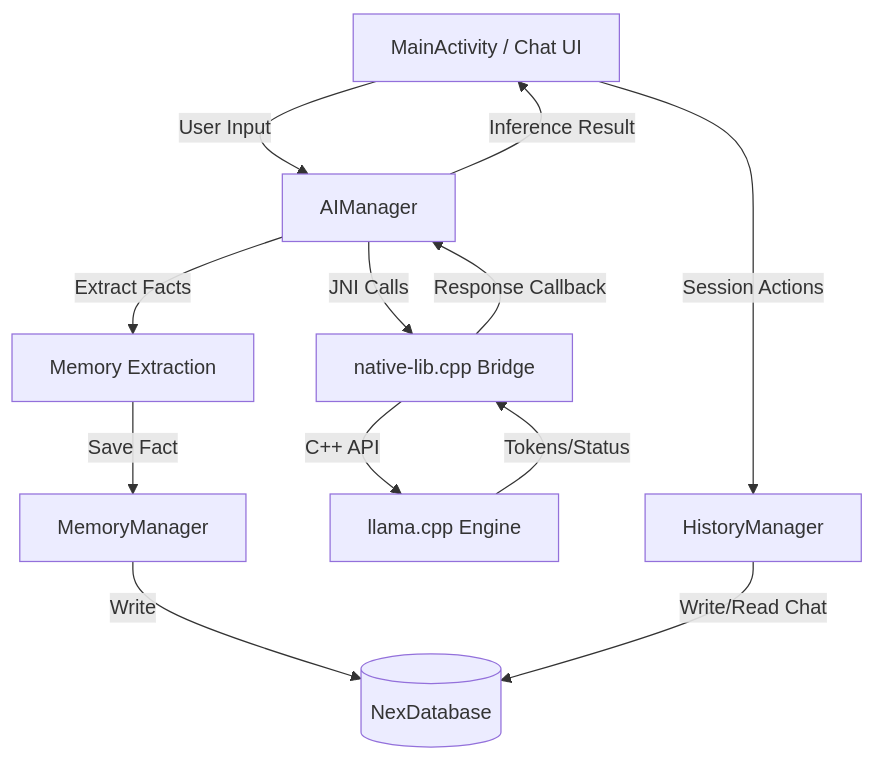
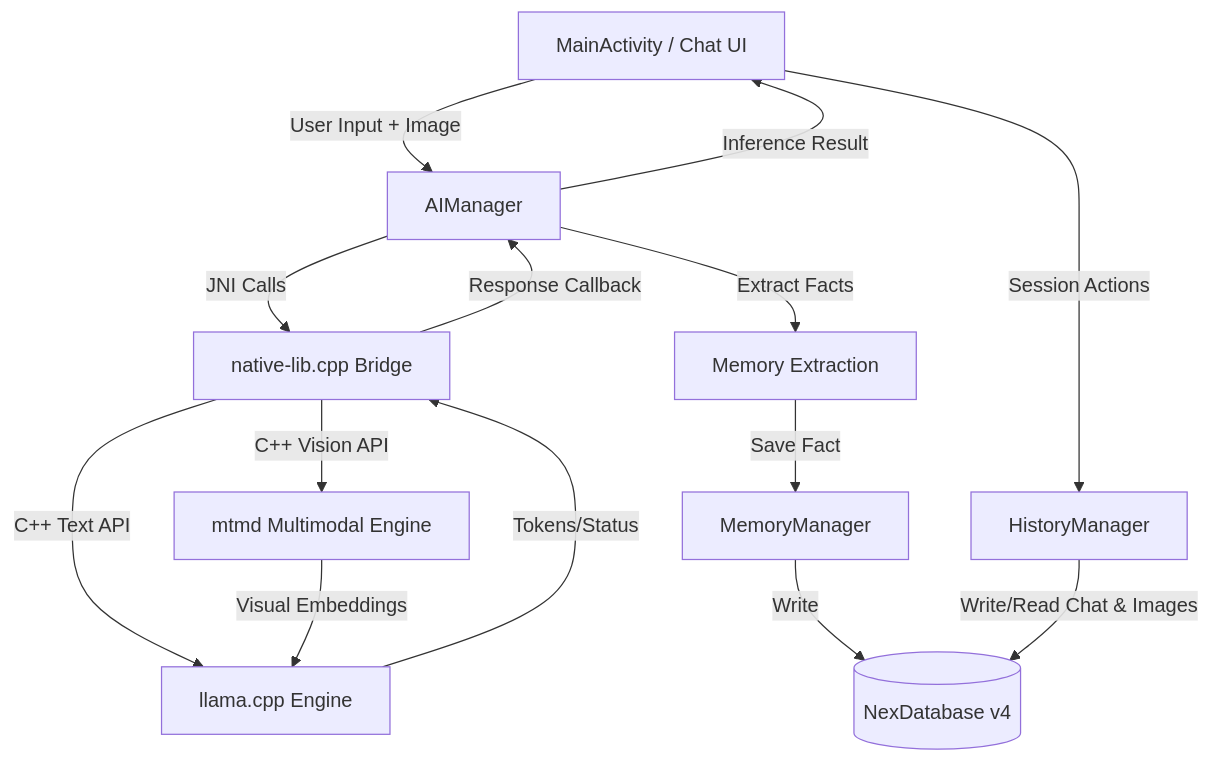
Before and after one commit to K7SUNNY/Nex_V1: the diagram in docs/tech_architecture.md, drawn with Mermaid. The commit also changed other lines of this file and 6 other files, not shown here.

Commit message:
docs: add comprehensive documentation for architecture, database schema, and native JNI integration, and update version properties.

````diff
--- a/docs/tech_architecture.md
+++ b/docs/tech_architecture.md
@@ -38,14 +39,16 @@
 ```mermaid
 graph TD
-    UI[MainActivity / Chat UI] -->|User Input| AM[AIManager]
+    UI[MainActivity / Chat UI] -->|User Input + Image| AM[AIManager]
     UI -->|Session Actions| HM[HistoryManager]
     AM -->|JNI Calls| JNI[native-lib.cpp Bridge]
-    JNI -->|C++ API| Llama[llama.cpp Engine]
+    JNI -->|C++ Text API| Llama[llama.cpp Engine]
+    JNI -->|C++ Vision API| MTMD[mtmd Multimodal Engine]
+    MTMD -->|Visual Embeddings| Llama
     Llama -->|Tokens/Status| JNI
     JNI -->|Response Callback| AM
     AM -->|Inference Result| UI
     AM -->|Extract Facts| ME[Memory Extraction]
     ME -->|Save Fact| MM[MemoryManager]
-    MM -->|Write| DB[(NexDatabase)]
-    HM -->|Write/Read Chat| DB
+    MM -->|Write| DB[(NexDatabase v4)]
+    HM -->|Write/Read Chat & Images| DB
 ```
````
